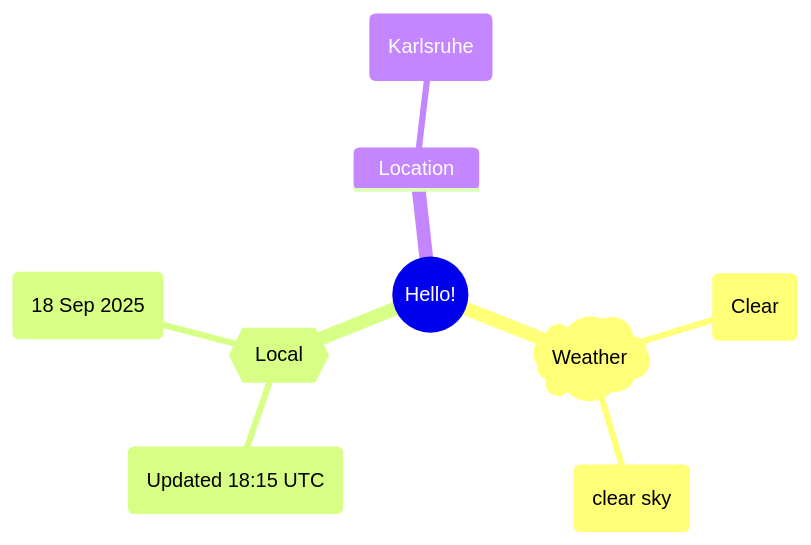
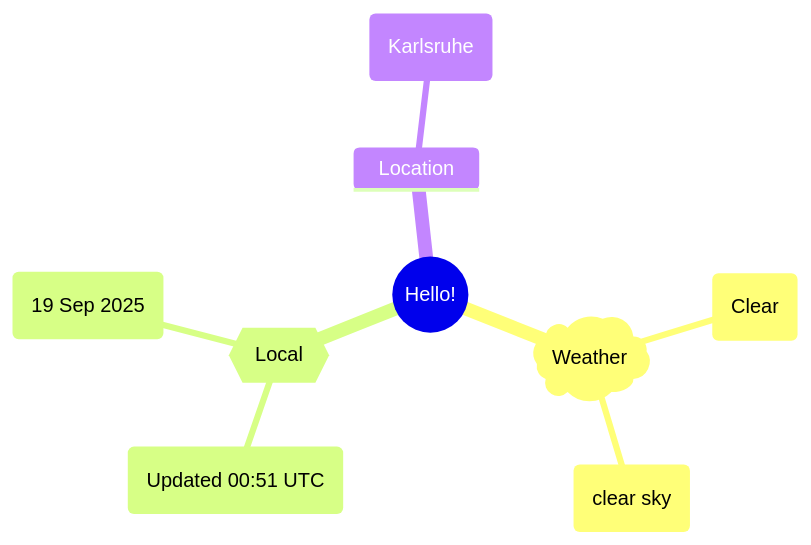
The first of 2 diagrams in README.md (Xosrov/Xosrov), drawn with Mermaid before and after one commit.

Commit message:
[bot] updated images

````diff
--- a/README.md
+++ b/README.md
@@ -3,12 +3,12 @@
 ```mermaid
 mindmap
   root((Hello!))
     )Weather(
         (Clear)
         (clear sky)
     {{Local}}
-        (Updated 18:15 UTC)
-        (18 Sep 2025)
+        (Updated 00:51 UTC)
+        (19 Sep 2025)
     Location
         (Karlsruhe)
 ```
````
